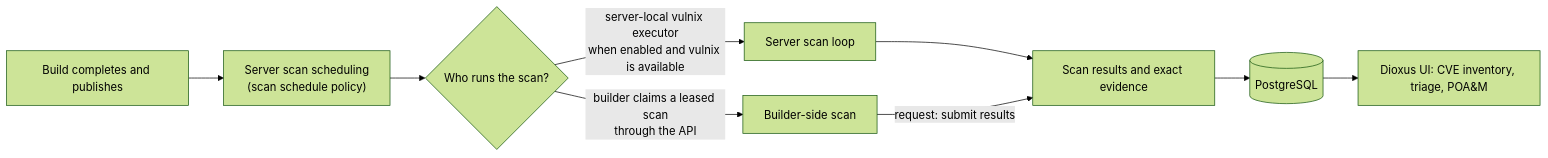
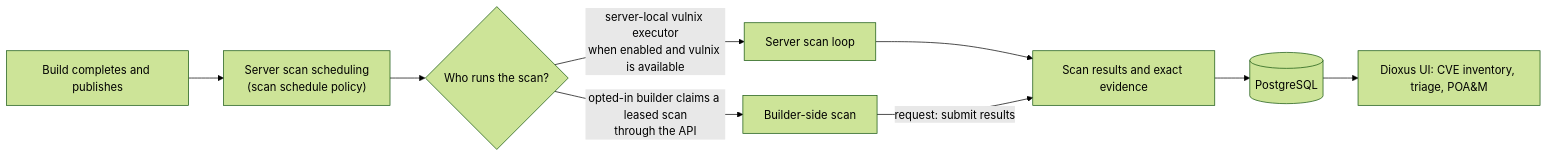
One commit to usmcamp0811/crystal-forge changed the third of 4 diagrams in docs/knowledge/architecture/data-flows.md. Above: the diagram before and after it, drawn with Mermaid (forest theme). The commit also changed other lines of this file and 6 other files, not shown here.

````diff
--- a/docs/knowledge/architecture/data-flows.md
+++ b/docs/knowledge/architecture/data-flows.md
@@ -89,11 +89,11 @@
 ```mermaid
 flowchart LR
     Built["Build completes and publishes"] --> Sched["Server scan scheduling<br/>(scan schedule policy)"]
     Sched --> Where{"Who runs the scan?"}
     Where -->|"server-local vulnix executor<br/>when enabled and vulnix is available"| Local["Server scan loop"]
-    Where -->|"builder claims a leased scan<br/>through the API"| Remote["Builder-side scan"]
+    Where -->|"opted-in builder claims a leased scan<br/>through the API"| Remote["Builder-side scan"]
     Local --> Store["Scan results and exact evidence"]
     Remote -->|"request: submit results"| Store
     Store --> DB[("PostgreSQL")]
     DB --> UI["Dioxus UI: CVE inventory, triage, POA&M"]
 ```
````
